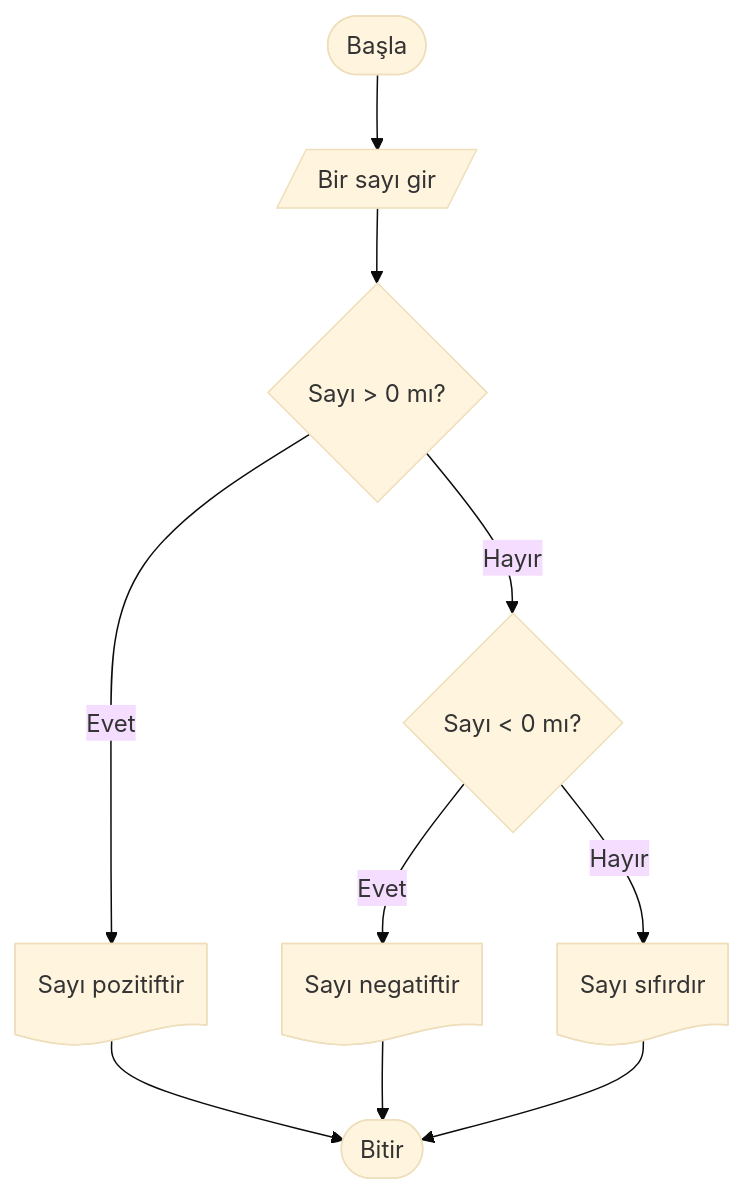
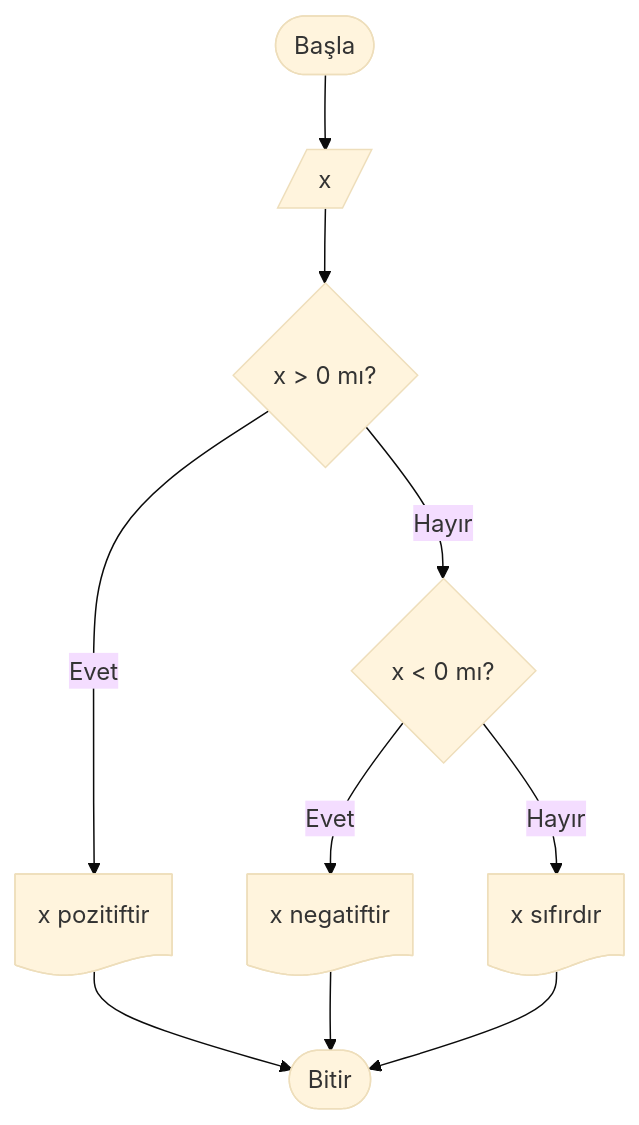
The sixth of 10 diagrams in Hafta_04_Akis_Diyagramlari_1.md (ibrahimayaz/Algoritma-ve-Programlamaya-Giris), drawn with Mermaid (base theme) before and after one commit.

Commit message:
Hafta04 guncellendi

````diff
--- a/Hafta_04_Akis_Diyagramlari_1.md
+++ b/Hafta_04_Akis_Diyagramlari_1.md
@@ -157,12 +157,12 @@
 ```mermaid
 graph TD
-    A([Başla]) --> B[/Bir sayı gir/]
-    B --> C{Sayı > 0 mı?}
-    C -- Evet --> D@{ shape: doc, label: "Sayı pozitiftir" }
-    C -- Hayır --> E{Sayı < 0 mı?}
-    E -- Evet --> F@{ shape: doc, label: "Sayı negatiftir" }
-    E -- Hayır --> G@{ shape: doc, label: "Sayı sıfırdır" }
+    A([Başla]) --> B[/x/]
+    B --> C{x > 0 mı?}
+    C -- Evet --> D@{ shape: doc, label: "x pozitiftir" }
+    C -- Hayır --> E{x < 0 mı?}
+    E -- Evet --> F@{ shape: doc, label: "x negatiftir" }
+    E -- Hayır --> G@{ shape: doc, label: "x sıfırdır" }
     D --> H([Bitir])
     F --> H
     G --> H
 ```
````
